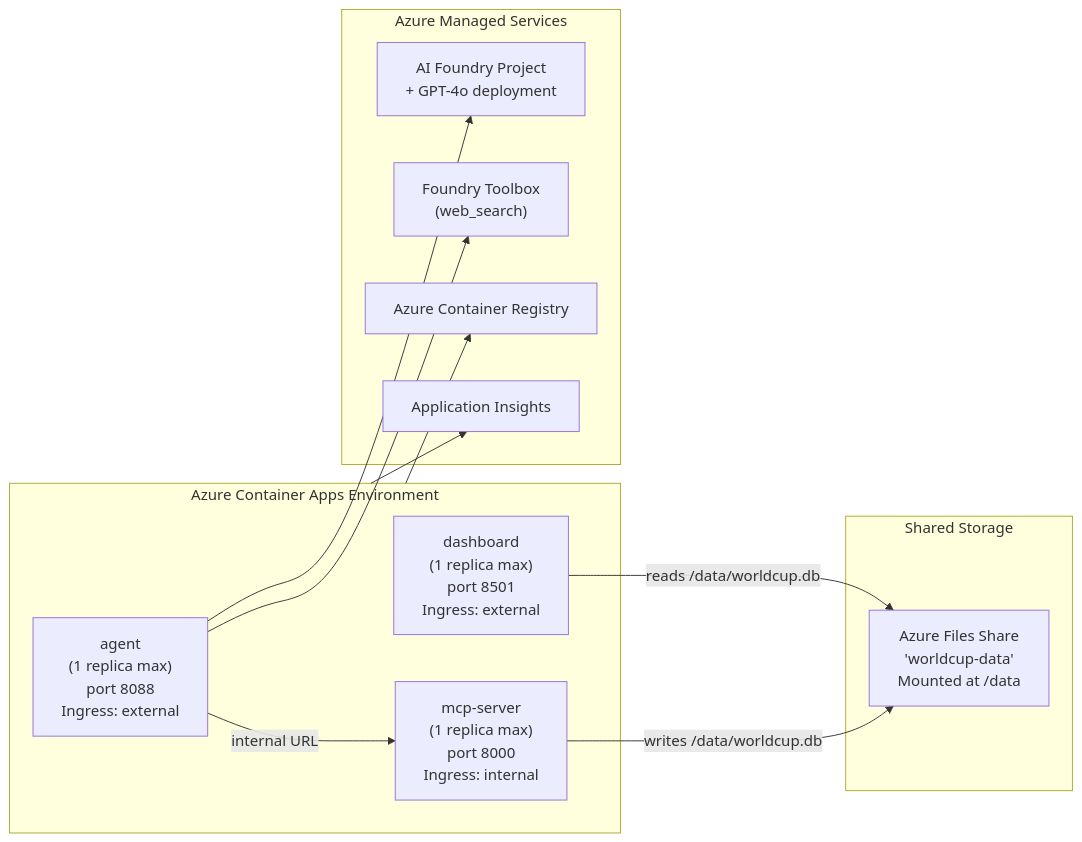
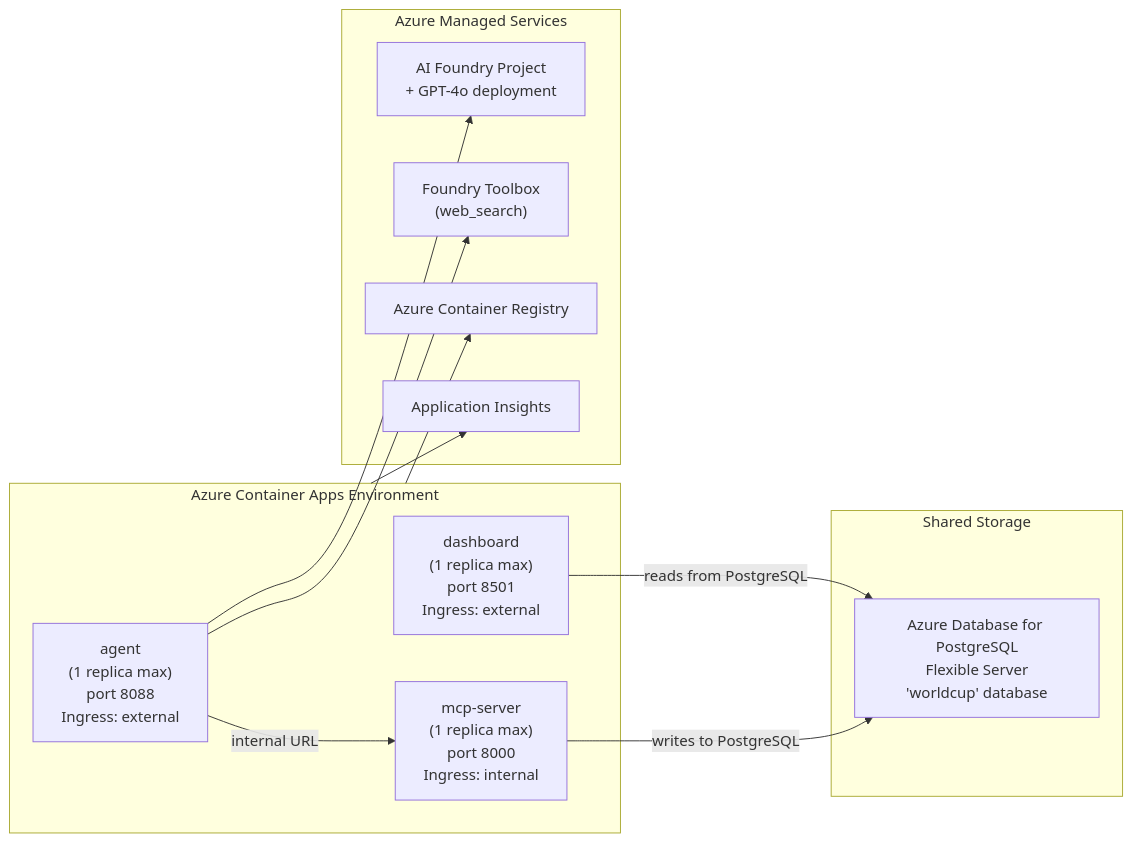
One commit to chiragsurti/worldcup-intelligence changed the fourth of 4 diagrams in README.md. Above: the diagram before and after it, drawn with Mermaid. The commit also changed other lines of this file and 9 other files, not shown here.

Commit message:
feat: Migrate database from SQLite to PostgreSQL and update related configurations

````diff
--- a/README.md
+++ b/README.md
@@ -239,27 +238,27 @@
 ```mermaid
 graph LR
     subgraph ACA_ENV["Azure Container Apps Environment"]
         A1["agent\n(1 replica max)\nport 8088\nIngress: external"]
         A2["mcp-server\n(1 replica max)\nport 8000\nIngress: internal"]
         A3["dashboard\n(1 replica max)\nport 8501\nIngress: external"]
     end
 
     subgraph STORAGE["Shared Storage"]
-        AFS["Azure Files Share\n'worldcup-data'\nMounted at /data"]
+        PG_AZ["Azure Database for PostgreSQL\nFlexible Server\n'worldcup' database"]
     end
 
     subgraph MANAGED["Azure Managed Services"]
         FOUNDRY["AI Foundry Project\n+ GPT-4o deployment"]
         TOOLBOX["Foundry Toolbox\n(web_search)"]
         ACR2["Azure Container Registry"]
         APPI["Application Insights"]
     end
 
     A1 -->|"internal URL"| A2
-    A3 -->|"reads /data/worldcup.db"| AFS
-    A2 -->|"writes /data/worldcup.db"| AFS
+    A3 -->|"reads from PostgreSQL"| PG_AZ
+    A2 -->|"writes to PostgreSQL"| PG_AZ
     A1 --> FOUNDRY
     A1 --> TOOLBOX
     ACA_ENV --> ACR2
     ACA_ENV --> APPI
 ```
````
